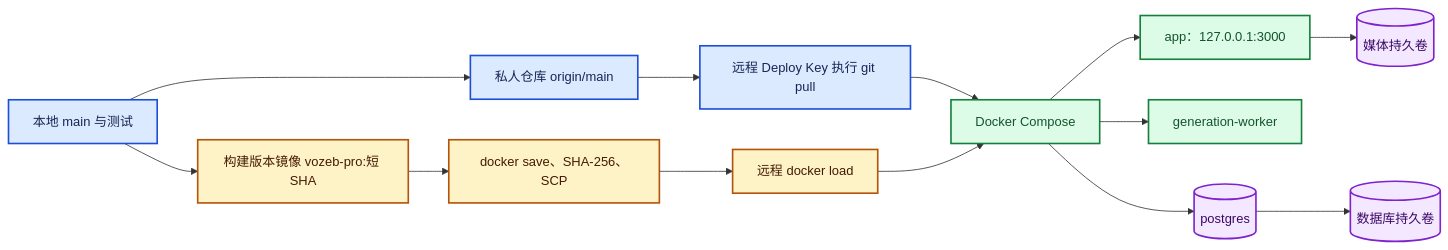
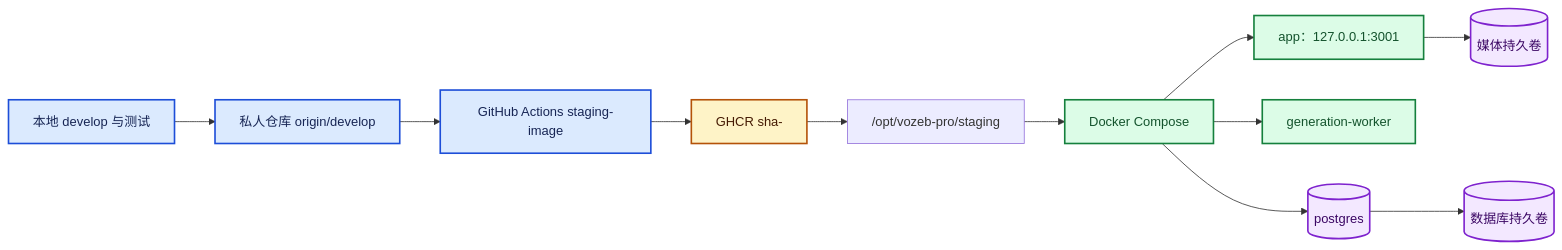
One commit to lishen331/VOZEB-PRO changed the sixth of 6 diagrams in VOZEB-PRO-开发地图.md. Above: the diagram before and after it, drawn with Mermaid. The commit also changed other lines of this file and 4 other files, not shown here.

Commit message:
docs: document develop staging deployment flow

````diff
--- a/VOZEB-PRO-开发地图.md
+++ b/VOZEB-PRO-开发地图.md
@@ -339,24 +339,22 @@
 ```mermaid
 flowchart LR
-    Local["本地 main 与测试"] --> GitHub["私人仓库 origin/main"]
-    Local --> Build["构建版本镜像 vozeb-pro:短 SHA"]
-    Build --> Tar["docker save、SHA-256、SCP"]
-    GitHub --> Pull["远程 Deploy Key 执行 git pull"]
-    Tar --> Load["远程 docker load"]
-    Pull --> Compose["Docker Compose"]
-    Load --> Compose
-    Compose --> App["app：127.0.0.1:3000"]
+    Local["本地 develop 与测试"] --> GitHub["私人仓库 origin/develop"]
+    GitHub --> Actions["GitHub Actions staging-image"]
+    Actions --> Registry["GHCR sha-<commit>"]
+    Registry --> Remote["/opt/vozeb-pro/staging"]
+    Remote --> Compose["Docker Compose"]
+    Compose --> App["app：127.0.0.1:3001"]
     Compose --> Worker["generation-worker"]
     Compose --> PG[("postgres")]
     App --> Data[("媒体持久卷")]
     PG --> PGData[("数据库持久卷")]
 
     classDef source fill:#DBEAFE,stroke:#1D4ED8,stroke-width:2px,color:#172554
     classDef artifact fill:#FEF3C7,stroke:#B45309,stroke-width:2px,color:#451A03
     classDef runtime fill:#DCFCE7,stroke:#15803D,stroke-width:2px,color:#14532D
     classDef data fill:#F3E8FF,stroke:#7E22CE,stroke-width:2px,color:#3B0764
-    class Local,GitHub,Pull source
-    class Build,Tar,Load artifact
+    class Local,GitHub,Actions source
+    class Registry artifact
     class Compose,App,Worker runtime
     class PG,Data,PGData data
 ```
````
